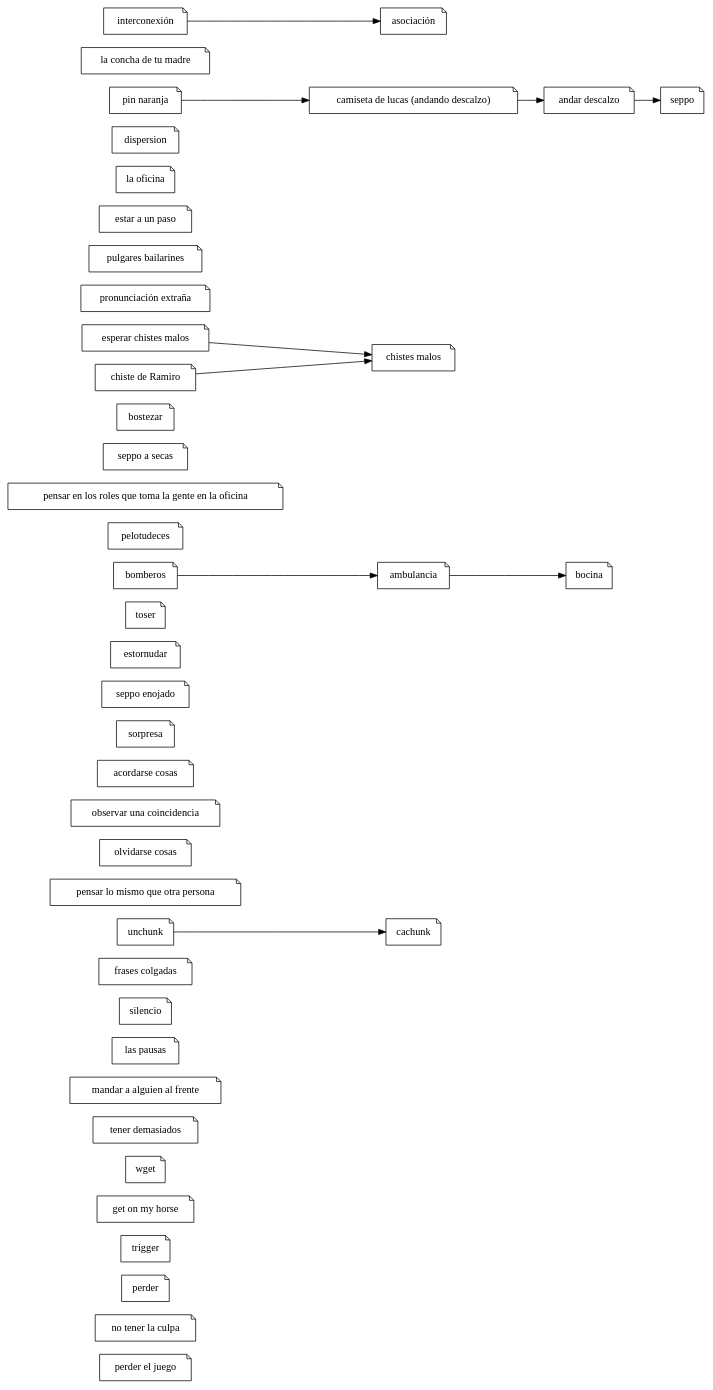
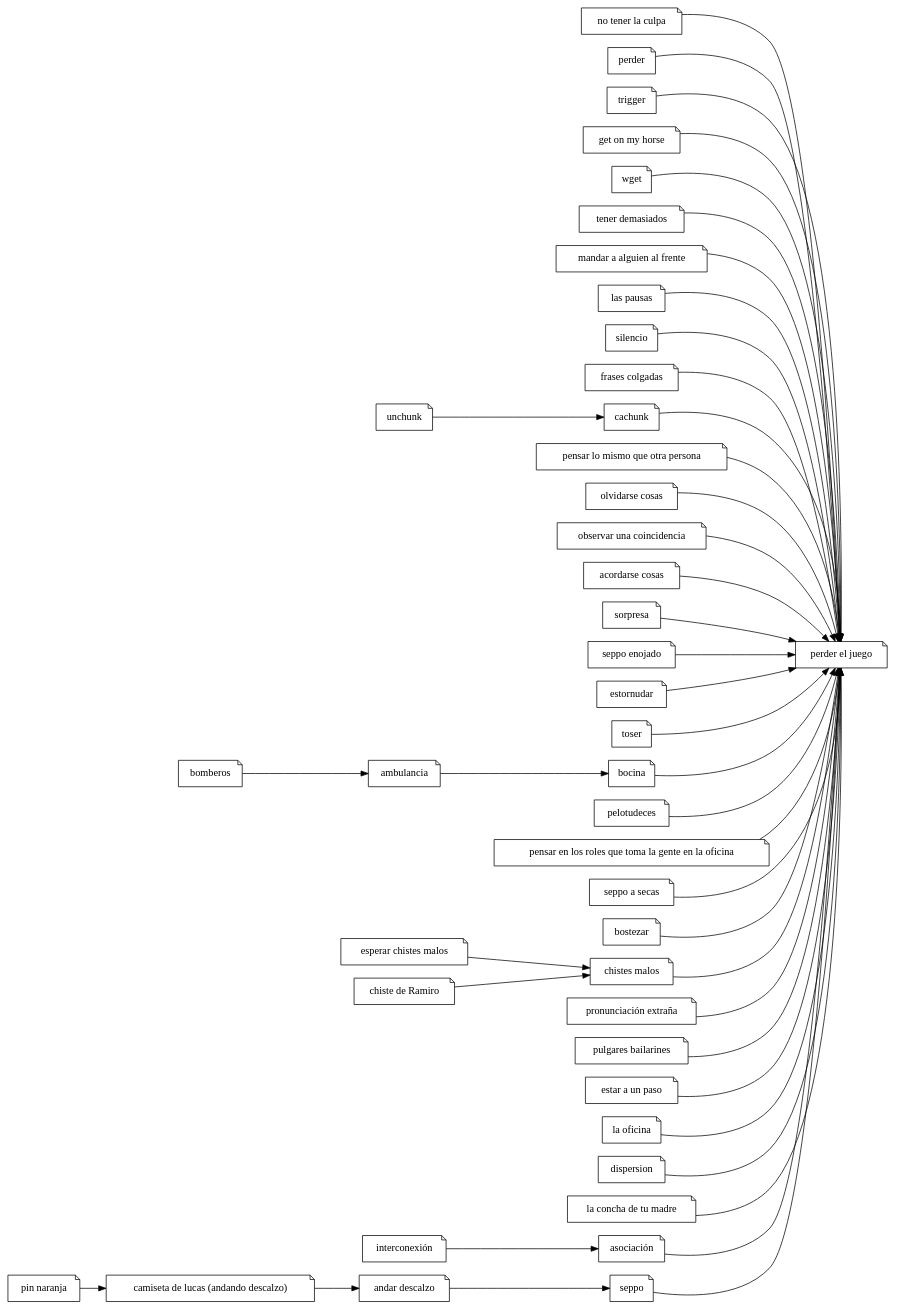
One commit to ramiror/ilostthegame changed the diagram in ilostthegame.dot. Above: the diagram before and after it, drawn with Graphviz. The commit also changed 1 other file, not shown here.

```diff
--- a/ilostthegame.dot
+++ b/ilostthegame.dot
@@ -1,99 +1,90 @@
 digraph
 {
 	rankdir="LR";
 	node [shape="note"];
 
 	pej [label="perder el juego"];
 	"no tener la culpa";
 	"perder";
 	"trigger";
 	"get on my horse";
 	"wget";
 	"tener demasiados";
 	"mandar a alguien al frente";
 	"las pausas";
 	"silencio";
 	"frases colgadas";
 	"cachunk";
 	"pensar lo mismo que otra persona";
 	"olvidarse cosas";
 	"observar una coincidencia";
 	"acordarse cosas";
 	"sorpresa";
 	"seppo enojado";
 	"estornudar";
 	"toser";
 	"bocina";
 	"pelotudeces";
 	roles [label="pensar en los roles que toma la gente en la oficina"];
 	"seppo a secas";
 	"bostezar";
 	"chistes malos";
 	pe [label="pronunciación extraña"];
 	"pulgares bailarines";
 	"estar a un paso";
 	"la oficina";
 	"dispersion";
 	"ambulancia";
 	"esperar chistes malos";
 	"chiste de Ramiro";
 	"unchunk";
 	"andar descalzo";
 	"pin naranja"; 
 	camiseta [label="camiseta de lucas (andando descalzo)"];
   lcdtm [label="la concha de tu madre"];
 	bomberos;
 	int [label="interconexión"];
 	asoc [label="asociación"];
-/*
+
 	"perder"                           -> pej;
 	"no tener la culpa"                -> pej;
 	"trigger"                          -> pej;
 	"get on my horse"                  -> pej;
 	"wget"                             -> pej;
 	"tener demasiados"                 -> pej;
 	"mandar a alguien al frente"       -> pej;
 	"las pausas"                       -> pej;
 	"silencio"                         -> pej;
 	"frases colgadas"                  -> pej;
 	"cachunk"                          -> pej;
 	"pensar lo mismo que otra persona" -> pej;
 	"olvidarse cosas"                  -> pej;
 	"observar una coincidencia"        -> pej;
 	"acordarse cosas"                  -> pej;
 	"sorpresa"                         -> pej;
 	"seppo enojado"                    -> pej;
 	"estornudar"                       -> pej;
 	"toser"                            -> pej;
 	"bocina"                           -> pej;
 	"pelotudeces"                      -> pej;
 	roles -> pej;
 	"seppo a secas"                    -> pej;
 	"bostezar"                         -> pej;
 	"chistes malos"                    -> pej;
 	pe                                 -> pej;
 	"pulgares bailarines"              -> pej;
 	"estar a un paso"                  -> pej;
 	"la oficina"                       -> pej;
 	"dispersion"                       -> pej;
-	"ambulancia"                       -> pej;
-	"esperar chistes malos"            -> pej;
-	"chiste de Ramiro"                 -> pej;
-	"unchunk"                          -> pej;
-	"andar descalzo"                   -> pej;
 	"seppo"                            -> pej;
-	"pin naranja"                      -> pej;
-	camiseta                           -> pej;
 	lcdtm                              -> pej;
-	bomberos                           -> pej;
-	int                                -> pej;
 	asoc                               -> pej;
-*/
+
 	bomberos -> "ambulancia" -> "bocina";
 	"esperar chistes malos" -> "chistes malos";
 	"chiste de Ramiro" -> "chistes malos";
 	"unchunk" -> "cachunk";
 	"andar descalzo" -> "seppo";
 	"pin naranja" -> camiseta -> "andar descalzo";
 	int -> asoc;
 }
```
